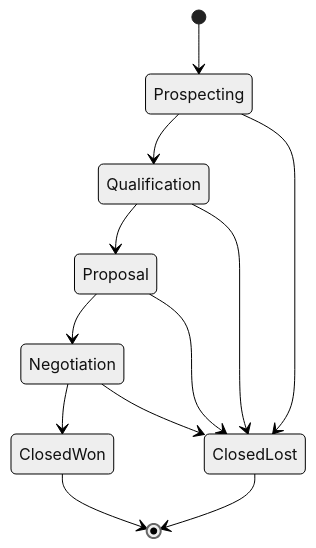
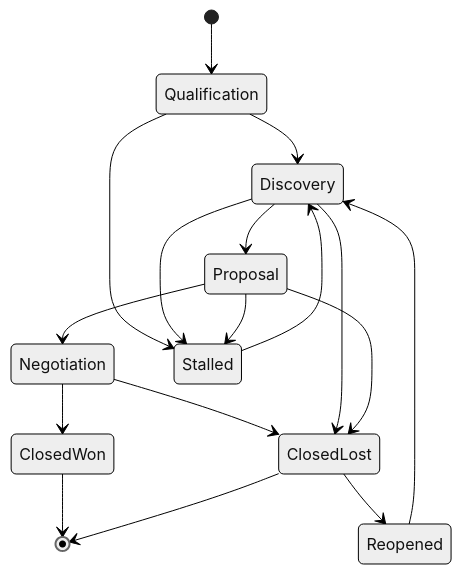
One commit to 0Ankit0/Project-Ideas changed the second of 6 diagrams in Customer Relationship Management Platform/detailed-design/state-machine-diagrams.md. Above: the diagram before and after it, drawn with Mermaid (neutral theme). The commit also changed other lines of this file and 17 other files, not shown here.

````diff
--- a/Customer Relationship Management Platform/detailed-design/state-machine-diagrams.md
+++ b/Customer Relationship Management Platform/detailed-design/state-machine-diagrams.md
@@ -19,14 +48,19 @@
 ```mermaid
 stateDiagram-v2
-    [*] --> Prospecting
-    Prospecting --> Qualification
-    Qualification --> Proposal
+    [*] --> Qualification
+    Qualification --> Discovery
+    Discovery --> Proposal
     Proposal --> Negotiation
     Negotiation --> ClosedWon
     Negotiation --> ClosedLost
-    Prospecting --> ClosedLost
-    Qualification --> ClosedLost
+    Discovery --> ClosedLost
     Proposal --> ClosedLost
+    Qualification --> Stalled
+    Discovery --> Stalled
+    Proposal --> Stalled
+    Stalled --> Discovery
+    ClosedLost --> Reopened
+    Reopened --> Discovery
     ClosedWon --> [*]
     ClosedLost --> [*]
 ```
````
